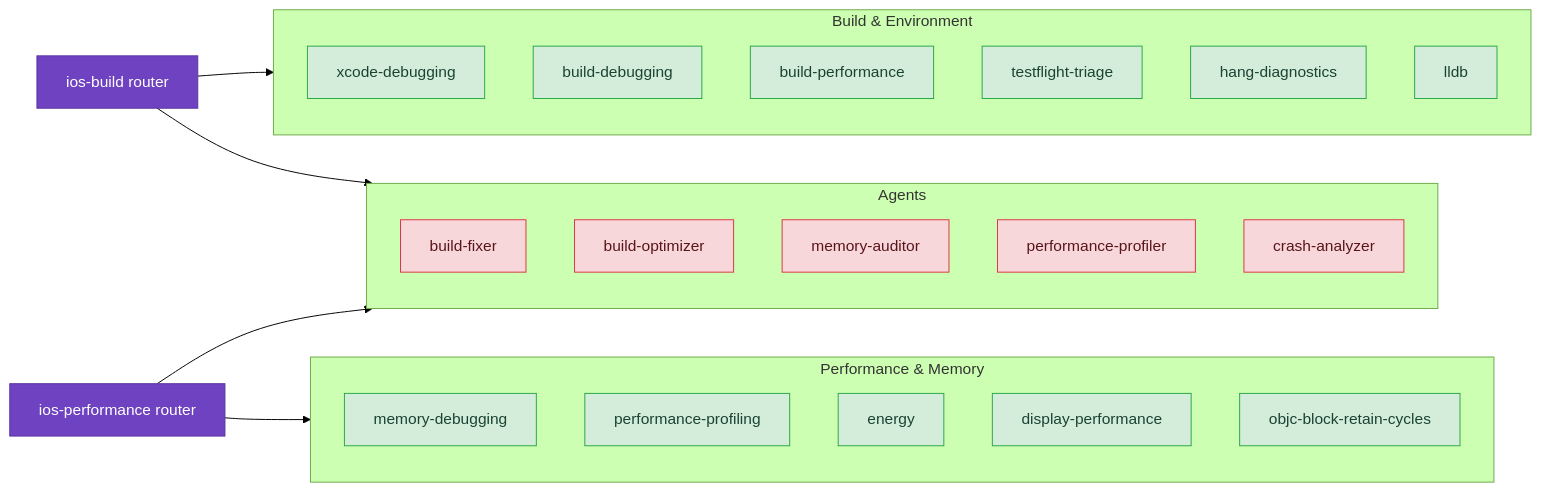
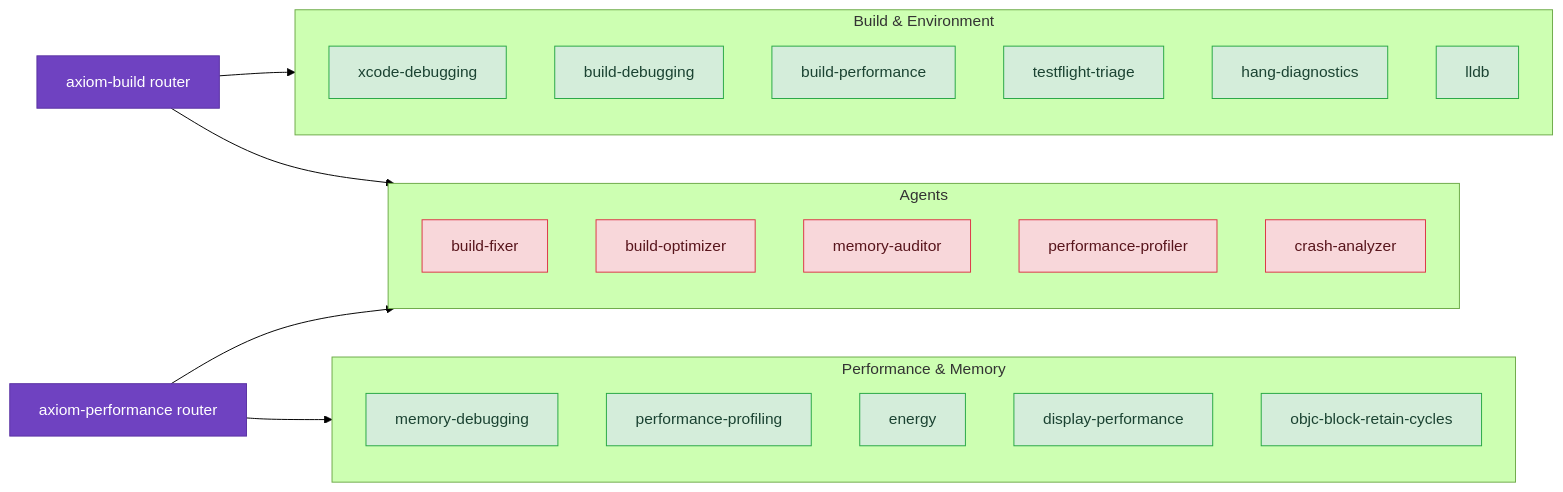
Before and after one commit to CharlesWiltgen/Axiom: the diagram in docs/skills/debugging/index.md, drawn with Mermaid (forest theme). The commit also changed 11 other files, not shown here.

First line of the commit message:
fix(docs): replace all stale ios-* references with axiom-* names

````diff
--- a/docs/skills/debugging/index.md
+++ b/docs/skills/debugging/index.md
@@ -5,40 +5,40 @@
 ```mermaid
 flowchart LR
     classDef router fill:#6f42c1,stroke:#5a32a3,color:#fff
     classDef discipline fill:#d4edda,stroke:#28a745,color:#1b4332
     classDef reference fill:#cce5ff,stroke:#0d6efd,color:#003366
     classDef diagnostic fill:#fff3cd,stroke:#ffc107,color:#664d03
     classDef agent fill:#f8d7da,stroke:#dc3545,color:#58151c
 
-    build_router["ios-build router"]:::router
-    perf_router["ios-performance router"]:::router
+    build_router["axiom-build router"]:::router
+    perf_router["axiom-performance router"]:::router
 
     subgraph build_skills["Build & Environment"]
         xcode_debugging["xcode-debugging"]:::discipline
         build_debugging["build-debugging"]:::discipline
         build_performance["build-performance"]:::discipline
         testflight_triage["testflight-triage"]:::discipline
         hang_diagnostics["hang-diagnostics"]:::discipline
         lldb["lldb"]:::discipline
     end
     build_router --> build_skills
 
     subgraph perf_skills["Performance & Memory"]
         memory_debugging["memory-debugging"]:::discipline
         performance_profiling["performance-profiling"]:::discipline
         energy["energy"]:::discipline
         display_performance["display-performance"]:::discipline
         objc_retain["objc-block-retain-cycles"]:::discipline
     end
     perf_router --> perf_skills
 
     subgraph agents_sg["Agents"]
         agent_bf["build-fixer"]:::agent
         agent_bo["build-optimizer"]:::agent
         agent_ma["memory-auditor"]:::agent
         agent_pp["performance-profiler"]:::agent
         agent_ca["crash-analyzer"]:::agent
     end
     build_router --> agents_sg
     perf_router --> agents_sg
 ```
````
